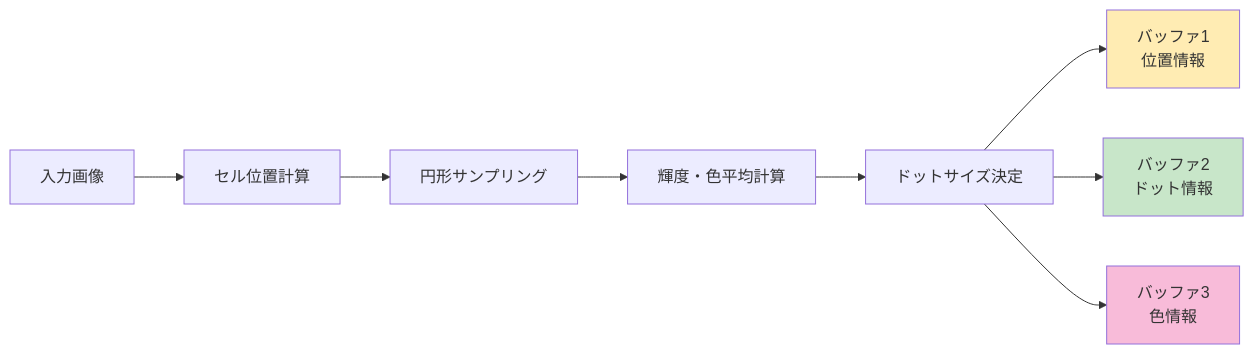
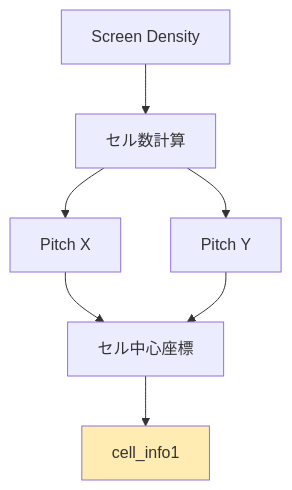
Before and after one commit to mug-lab-3/DaVinciResolveEffects: the third of 8 diagrams in fuses/MugSimpleHalftone.md, drawn with Mermaid. The commit also changed other lines of this file, not shown here.

````diff
--- a/fuses/MugSimpleHalftone.md
+++ b/fuses/MugSimpleHalftone.md
@@ -117,15 +110,10 @@
 ```mermaid
-graph LR
-    A[入力画像] --> B[セル位置計算]
-    B --> C[円形サンプリング]
-    C --> D[輝度・色平均計算]
-    D --> E[ドットサイズ決定]
-
-    E --> F[バッファ1<br/>位置情報]
-    E --> G[バッファ2<br/>ドット情報]
-    E --> H[バッファ3<br/>色情報]
-
+graph TD
+    A[Screen Density] --> B[セル数計算]
+    B --> C[Pitch X]
+    B --> D[Pitch Y]
+    C --> E[セル中心座標]
+    D --> E
+    E --> F[cell_info1]
     style F fill:#ffecb3
-    style G fill:#c8e6c9
-    style H fill:#f8bbd9
 ```
````
